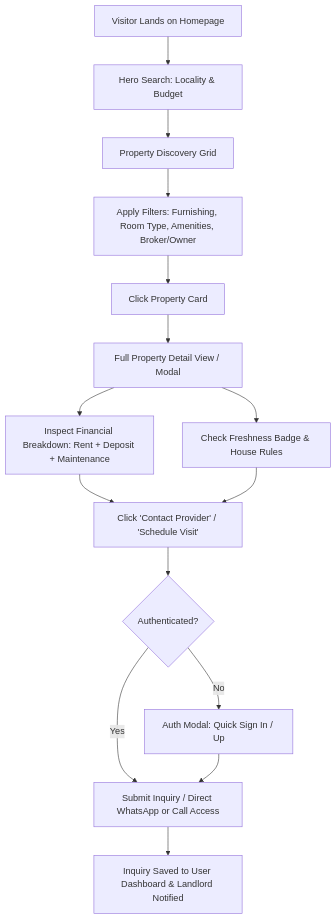
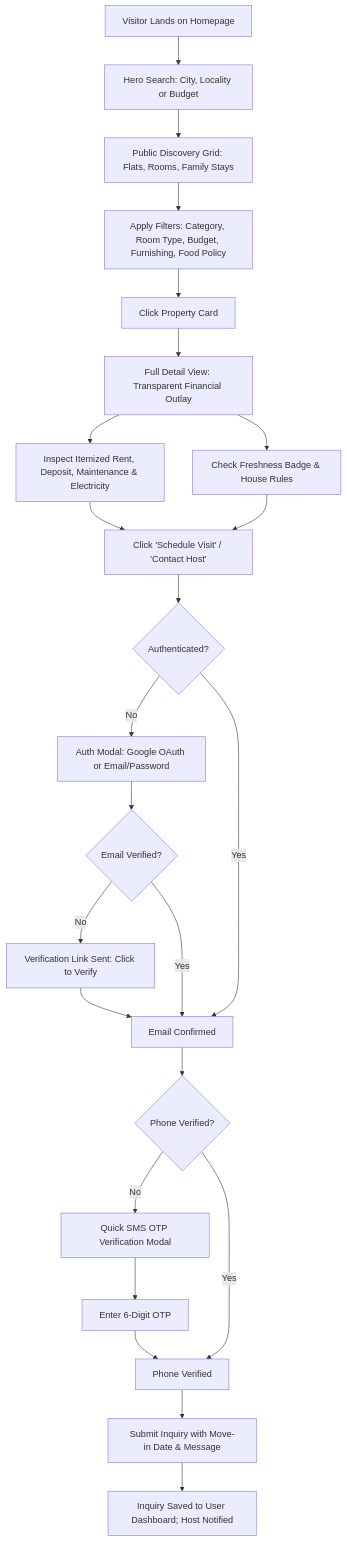
One commit to Ar10Ansari/aashvo changed the first of 5 diagrams in docs/USER_JOURNEYS.md. Above: the diagram before and after it, drawn with Mermaid. The commit also changed other lines of this file and 59 other files, not shown here.

````diff
--- a/docs/USER_JOURNEYS.md
+++ b/docs/USER_JOURNEYS.md
@@ -11,16 +12,25 @@
 ```mermaid
 graph TD
-    A[Visitor Lands on Homepage] --> B[Hero Search: Locality & Budget]
-    B --> C[Property Discovery Grid]
-    C --> D[Apply Filters: Furnishing, Room Type, Amenities, Broker/Owner]
+    A[Visitor Lands on Homepage] --> B[Hero Search: City, Locality or Budget]
+    B --> C[Public Discovery Grid: Flats, Rooms, Family Stays]
+    C --> D[Apply Filters: Category, Room Type, Budget, Furnishing, Food Policy]
     D --> E[Click Property Card]
-    E --> F[Full Property Detail View / Modal]
-    F --> G[Inspect Financial Breakdown: Rent + Deposit + Maintenance]
+    E --> F[Full Detail View: Transparent Financial Outlay]
+    F --> G[Inspect Itemized Rent, Deposit, Maintenance & Electricity]
     F --> H[Check Freshness Badge & House Rules]
-    G & H --> I[Click 'Contact Provider' / 'Schedule Visit']
+    G & H --> I[Click 'Schedule Visit' / 'Contact Host']
     I --> J{Authenticated?}
-    J -- No --> K[Auth Modal: Quick Sign In / Up]
-    J -- Yes --> L[Submit Inquiry / Direct WhatsApp or Call Access]
-    K --> L
-    L --> M[Inquiry Saved to User Dashboard & Landlord Notified]
+    J -- No --> K[Auth Modal: Google OAuth or Email/Password]
+    K --> L{Email Verified?}
+    L -- No --> M[Verification Link Sent: Click to Verify]
+    M --> N[Email Confirmed]
+    L -- Yes --> N
+    J -- Yes --> N
+    N --> O{Phone Verified?}
+    O -- No --> P[Quick SMS OTP Verification Modal]
+    P --> Q[Enter 6-Digit OTP]
+    Q --> R[Phone Verified]
+    O -- Yes --> R
+    R --> S[Submit Inquiry with Move-in Date & Message]
+    S --> T[Inquiry Saved to User Dashboard; Host Notified]
 ```
````
